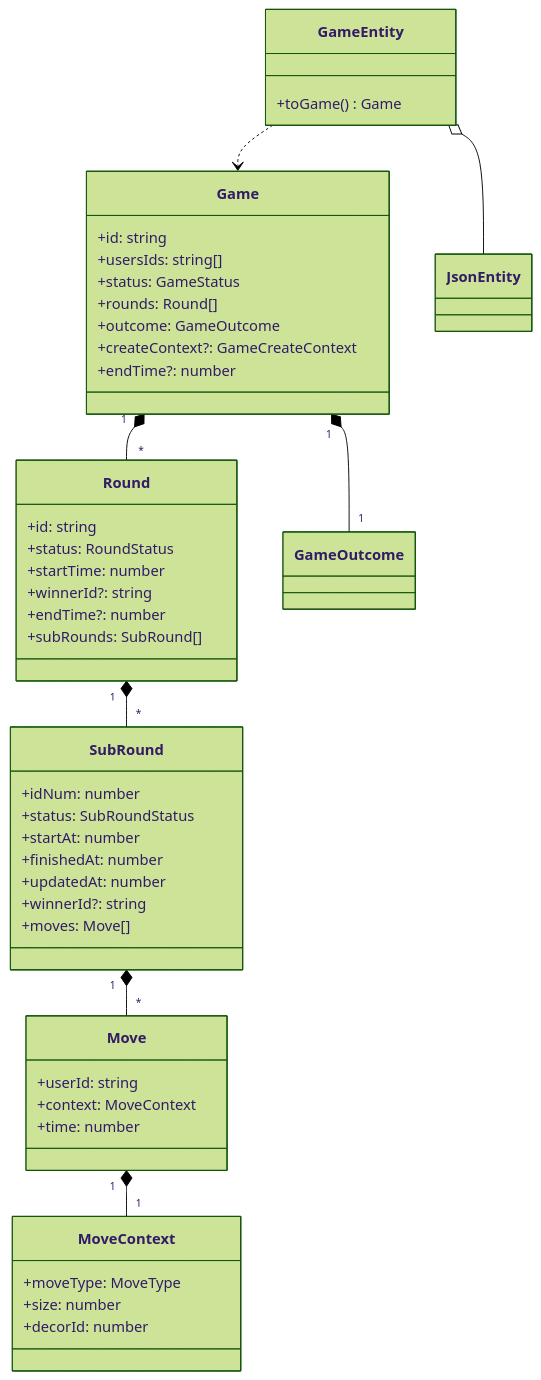
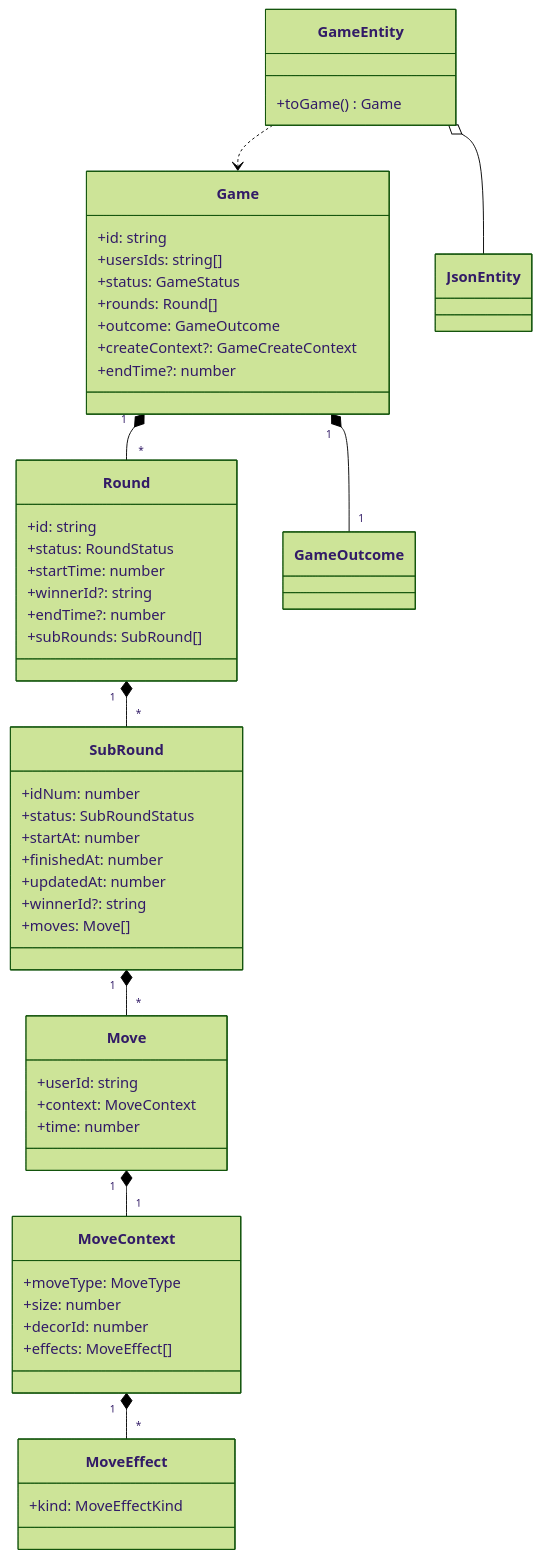
Before and after one commit to vku007/aval: the diagram in apiv2/API_DOCUMENTATION.md, drawn with Mermaid (forest theme). The commit also changed other lines of this file and 26 other files, not shown here.

First line of the commit message:
Add move effects that alter Extended size and type resolution.

````diff
--- a/apiv2/API_DOCUMENTATION.md
+++ b/apiv2/API_DOCUMENTATION.md
@@ -77,58 +77,64 @@
 ```mermaid
 classDiagram
     class Game {
         +id: string
         +usersIds: string[]
         +status: GameStatus
         +rounds: Round[]
         +outcome: GameOutcome
         +createContext?: GameCreateContext
         +endTime?: number
     }
 
     class Round {
         +id: string
         +status: RoundStatus
         +startTime: number
         +winnerId?: string
         +endTime?: number
         +subRounds: SubRound[]
     }
 
     class SubRound {
         +idNum: number
         +status: SubRoundStatus
         +startAt: number
         +finishedAt: number
         +updatedAt: number
         +winnerId?: string
         +moves: Move[]
     }
 
     class Move {
         +userId: string
         +context: MoveContext
         +time: number
     }
 
     class MoveContext {
         +moveType: MoveType
         +size: number
         +decorId: number
+        +effects: MoveEffect[]
+    }
+
+    class MoveEffect {
+        +kind: MoveEffectKind
     }
 
     class GameEntity {
         +toGame() Game
     }
 
     class JsonEntity
     class GameOutcome
 
     Game "1" *-- "*" Round
     Round "1" *-- "*" SubRound
     SubRound "1" *-- "*" Move
     Move "1" *-- "1" MoveContext
+    MoveContext "1" *-- "*" MoveEffect
     Game "1" *-- "1" GameOutcome
     GameEntity ..> Game
     GameEntity o-- JsonEntity
 ```
````
